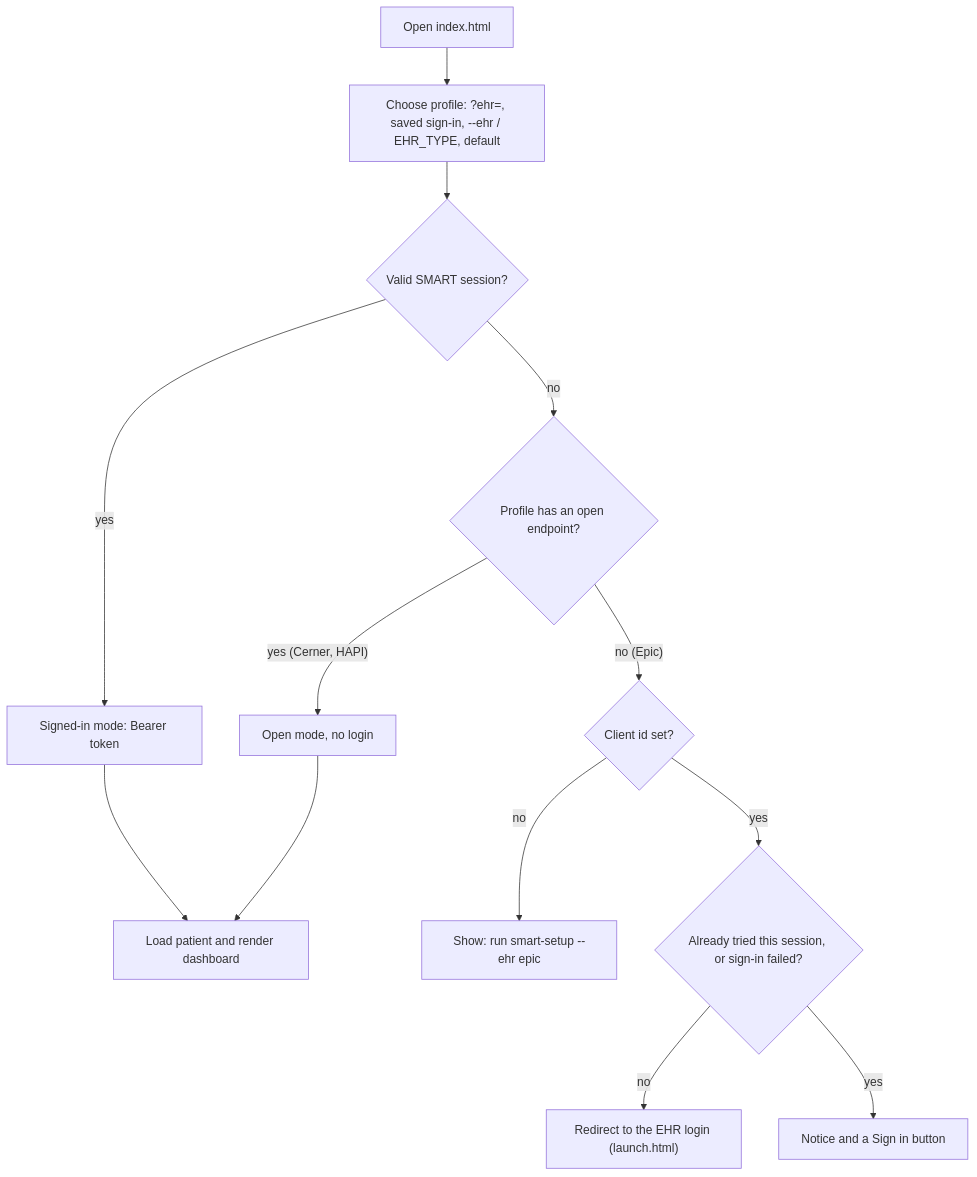
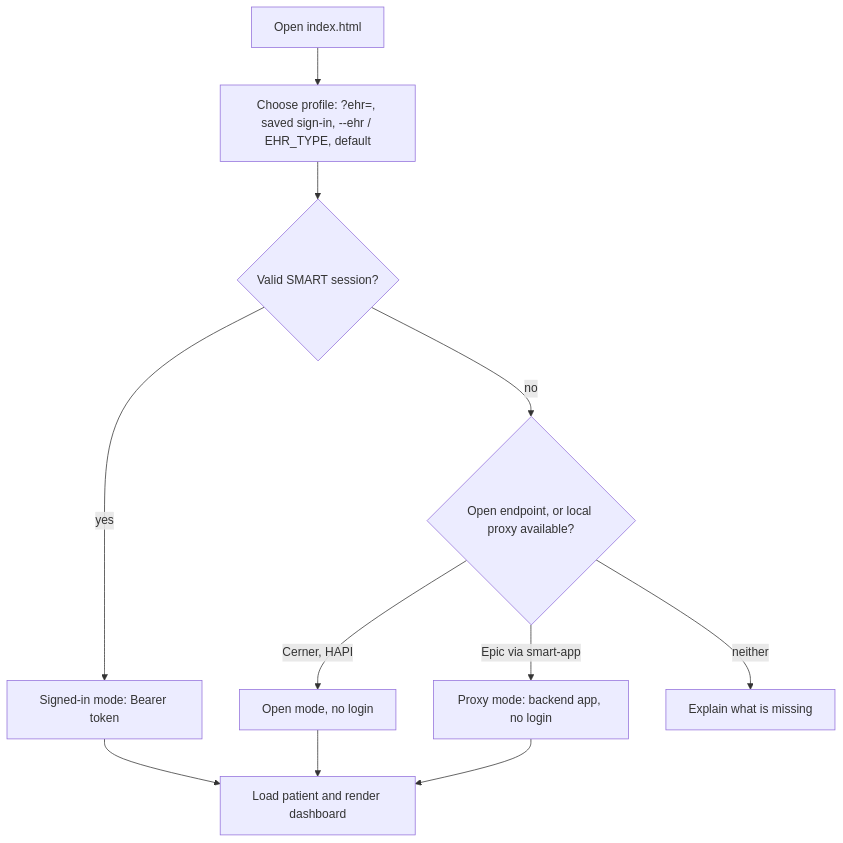
One commit to tonyreina/ehr_sandbox changed the diagram in docs/demos/smart-app.md. Above: the diagram before and after it, drawn with Mermaid. The commit also changed other lines of this file and 15 other files, not shown here.

First line of the commit message:
Reach Epic from the dashboard through a local backend-app proxy

````diff
--- a/docs/demos/smart-app.md
+++ b/docs/demos/smart-app.md
@@ -32,15 +32,13 @@
 ```mermaid
 flowchart TD
     S[Open index.html] --> P["Choose profile: ?ehr=, saved sign-in, --ehr / EHR_TYPE, default"]
     P --> V{"Valid SMART session?"}
     V -- "yes" --> SG["Signed-in mode: Bearer token"]
-    V -- "no" --> O{"Profile has an open endpoint?"}
-    O -- "yes (Cerner, HAPI)" --> OM["Open mode, no login"]
-    O -- "no (Epic)" --> C{"Client id set?"}
-    C -- "no" --> H["Show: run smart-setup --ehr epic"]
-    C -- "yes" --> A{"Already tried this session, or sign-in failed?"}
-    A -- "no" --> R["Redirect to the EHR login (launch.html)"]
-    A -- "yes" --> B["Notice and a Sign in button"]
+    V -- "no" --> O{"Open endpoint, or local proxy available?"}
+    O -- "Cerner, HAPI" --> OM["Open mode, no login"]
+    O -- "Epic via smart-app" --> PX["Proxy mode: backend app, no login"]
+    O -- "neither" --> H["Explain what is missing"]
     SG --> D[Load patient and render dashboard]
     OM --> D
+    PX --> D
 ```
````
